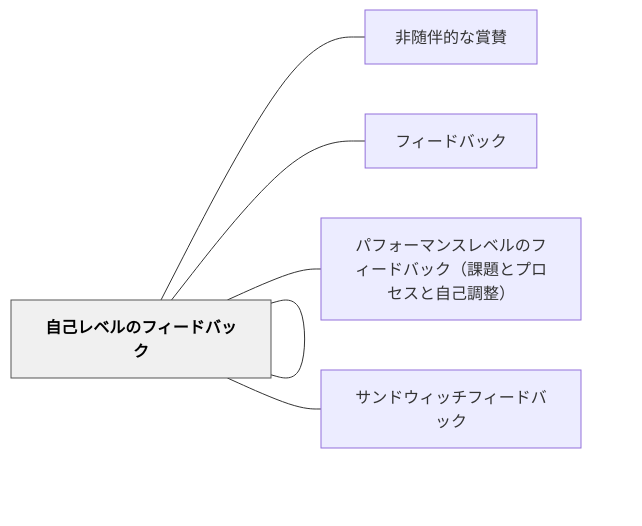
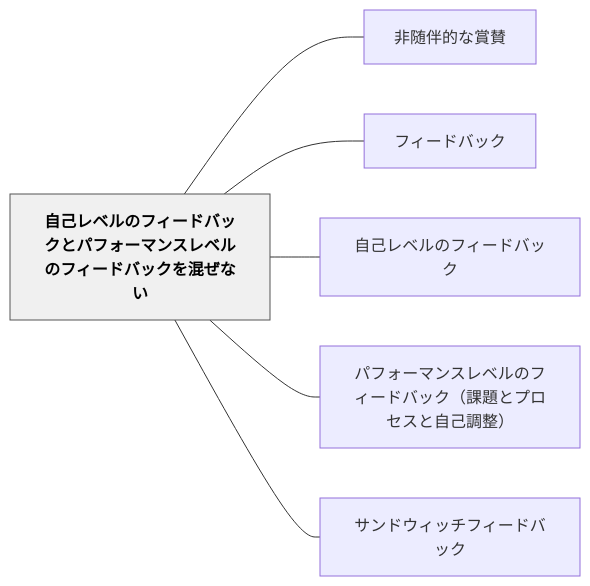
One commit to unknownthings-ed-patterns/unknownthings-ed-patterns changed the diagram in content/パタン/自己レベルのフィードバックとパフォーマンスレベルのフィードバックを混ぜない.md. Above: the diagram before and after it, drawn with Mermaid. The commit also changed 527 other files, not shown here.

````diff
--- a/content/パタン/自己レベルのフィードバックとパフォーマンスレベルのフィードバックを混ぜない.md
+++ b/content/パタン/自己レベルのフィードバックとパフォーマンスレベルのフィードバックを混ぜない.md
@@ -51,18 +51,18 @@
 ```mermaid
 flowchart LR
-    ne887aae5b7b1["自己レベルのフィードバックとパフォーマンスレベルのフィードバックを混ぜない"]
-    ne99d9ee99a8f["非随伴的な賞賛"]
-    ne38395e382a3["フィードバック"]
-    ne887aae5b7b1["自己レベルのフィードバック"]
-    ne38391e38395["パフォーマンスレベルのフィードバック（課題とプロセスと自己調整）"]
-    ne382b5e383b3["サンドウィッチフィードバック"]
+    ne887aae5b7b1e383ace38399e383abe381aee38395e382a3e383bce38389e38390e38383e382afe381a8e38391e38395e382a9e383bce3839ee383b3e382b9e383ace38399e383abe381aee38395e382a3e383bce38389e38390e38383e382afe38292e6b7b7e3819ce381aae38184["自己レベルのフィードバックとパフォーマンスレベルのフィードバックを混ぜない"]
+    ne99d9ee99a8fe4bcb4e79a84e381aae8b39ee8b39b["非随伴的な賞賛"]
+    ne38395e382a3e383bce38389e38390e38383e382af["フィードバック"]
+    ne887aae5b7b1e383ace38399e383abe381aee38395e382a3e383bce38389e38390e38383e382af["自己レベルのフィードバック"]
+    ne38391e38395e382a9e383bce3839ee383b3e382b9e383ace38399e383abe381aee38395e382a3e383bce38389e38390e38383e382afefbc88e8aab2e9a18ce381a8e38397e383ade382bbe382b9e381a8e887aae5b7b1e8aabfe695b4efbc89["パフォーマンスレベルのフィードバック（課題とプロセスと自己調整）"]
+    ne382b5e383b3e38389e382a6e382a3e38383e38381e38395e382a3e383bce38389e38390e38383e382af["サンドウィッチフィードバック"]
 
-    ne887aae5b7b1 --- ne99d9ee99a8f
-    ne887aae5b7b1 --- ne38395e382a3
-    ne887aae5b7b1 --- ne887aae5b7b1
-    ne887aae5b7b1 --- ne38391e38395
-    ne887aae5b7b1 --- ne382b5e383b3
+    ne887aae5b7b1e383ace38399e383abe381aee38395e382a3e383bce38389e38390e38383e382afe381a8e38391e38395e382a9e383bce3839ee383b3e382b9e383ace38399e383abe381aee38395e382a3e383bce38389e38390e38383e382afe38292e6b7b7e3819ce381aae38184 --- ne99d9ee99a8fe4bcb4e79a84e381aae8b39ee8b39b
+    ne887aae5b7b1e383ace38399e383abe381aee38395e382a3e383bce38389e38390e38383e382afe381a8e38391e38395e382a9e383bce3839ee383b3e382b9e383ace38399e383abe381aee38395e382a3e383bce38389e38390e38383e382afe38292e6b7b7e3819ce381aae38184 --- ne38395e382a3e383bce38389e38390e38383e382af
+    ne887aae5b7b1e383ace38399e383abe381aee38395e382a3e383bce38389e38390e38383e382afe381a8e38391e38395e382a9e383bce3839ee383b3e382b9e383ace38399e383abe381aee38395e382a3e383bce38389e38390e38383e382afe38292e6b7b7e3819ce381aae38184 --- ne887aae5b7b1e383ace38399e383abe381aee38395e382a3e383bce38389e38390e38383e382af
+    ne887aae5b7b1e383ace38399e383abe381aee38395e382a3e383bce38389e38390e38383e382afe381a8e38391e38395e382a9e383bce3839ee383b3e382b9e383ace38399e383abe381aee38395e382a3e383bce38389e38390e38383e382afe38292e6b7b7e3819ce381aae38184 --- ne38391e38395e382a9e383bce3839ee383b3e382b9e383ace38399e383abe381aee38395e382a3e383bce38389e38390e38383e382afefbc88e8aab2e9a18ce381a8e38397e383ade382bbe382b9e381a8e887aae5b7b1e8aabfe695b4efbc89
+    ne887aae5b7b1e383ace38399e383abe381aee38395e382a3e383bce38389e38390e38383e382afe381a8e38391e38395e382a9e383bce3839ee383b3e382b9e383ace38399e383abe381aee38395e382a3e383bce38389e38390e38383e382afe38292e6b7b7e3819ce381aae38184 --- ne382b5e383b3e38389e382a6e382a3e38383e38381e38395e382a3e383bce38389e38390e38383e382af
 
     classDef hub fill:#f0f0f0,stroke:#555,color:#000,font-weight:bold
-    class ne887aae5b7b1 hub
+    class ne887aae5b7b1e383ace38399e383abe381aee38395e382a3e383bce38389e38390e38383e382afe381a8e38391e38395e382a9e383bce3839ee383b3e382b9e383ace38399e383abe381aee38395e382a3e383bce38389e38390e38383e382afe38292e6b7b7e3819ce381aae38184 hub
 ```
````
